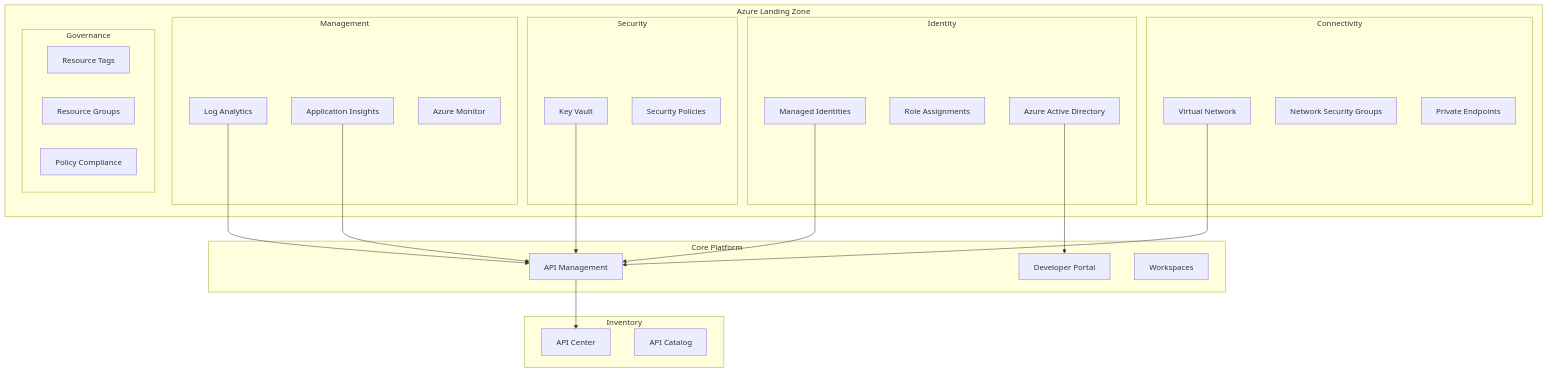
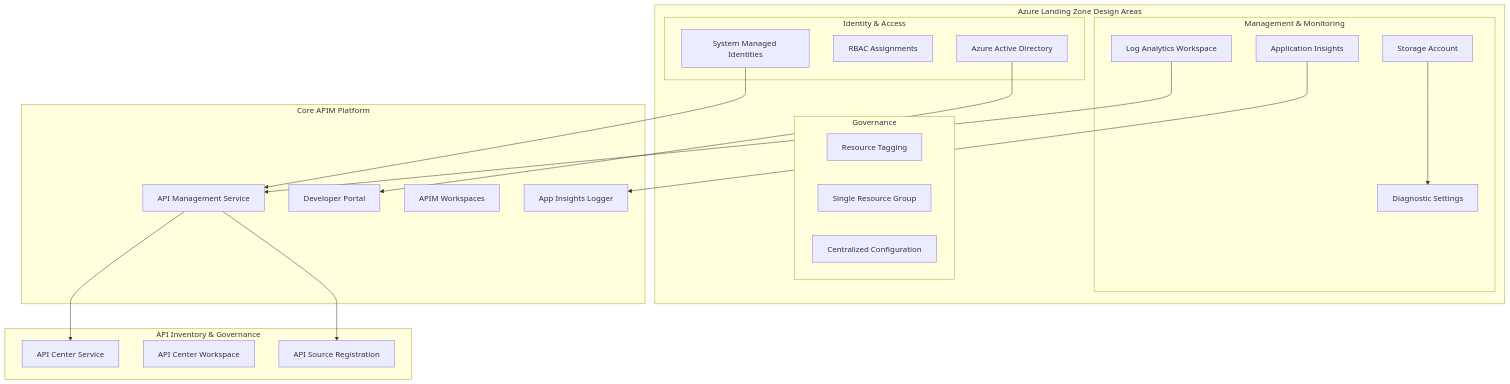
The first of 12 diagrams in docs/architecture/overview.md (Evilazaro/APIM-Accelerator), drawn with Mermaid before and after one commit. The commit also changed other lines of this file and 2 other files, not shown here.

````diff
--- a/docs/architecture/overview.md
+++ b/docs/architecture/overview.md
@@ -7,52 +7,44 @@
 ```mermaid
 graph TB
-    subgraph "Azure Landing Zone"
-        subgraph "Connectivity"
-            VNet[Virtual Network]
-            NSG[Network Security Groups]
-            PE[Private Endpoints]
-        end
-        
-        subgraph "Identity"
-            MI[Managed Identities]
-            RBAC[Role Assignments]
+    subgraph "Azure Landing Zone Design Areas"
+        subgraph "Identity & Access"
+            MI[System Managed Identities]
+            RBAC[RBAC Assignments]
             AAD[Azure Active Directory]
         end
         
-        subgraph "Security"
-            KV[Key Vault]
-            Policies[Security Policies]
-        end
-        
-        subgraph "Management"
-            LA[Log Analytics]
+        subgraph "Management & Monitoring"
+            LA[Log Analytics Workspace]
             AI[Application Insights]
-            Monitor[Azure Monitor]
+            SA[Storage Account]
+            Diag[Diagnostic Settings]
         end
         
         subgraph "Governance"
-            Tags[Resource Tags]
-            RG[Resource Groups]
-            Compliance[Policy Compliance]
+            Tags[Resource Tagging]
+            RG[Single Resource Group]
+            Config[Centralized Configuration]
         end
     end
     
-    subgraph "Core Platform"
-        APIM[API Management]
+    subgraph "Core APIM Platform"
+        APIM[API Management Service]
         DevPortal[Developer Portal]
-        Workspaces[Workspaces]
+        Workspaces[APIM Workspaces]
+        Logger[App Insights Logger]
     end
     
-    subgraph "Inventory"
-        APICenter[API Center]
-        Catalog[API Catalog]
+    subgraph "API Inventory & Governance"
+        APICenter[API Center Service]
+        APIWorkspace[API Center Workspace]
+        APISource[API Source Registration]
     end
     
-    VNet --> APIM
     MI --> APIM
-    KV --> APIM
     LA --> APIM
-    AI --> APIM
+    AI --> Logger
+    SA --> Diag
     APIM --> APICenter
     AAD --> DevPortal
+    APIM --> APISource
 ```
````
